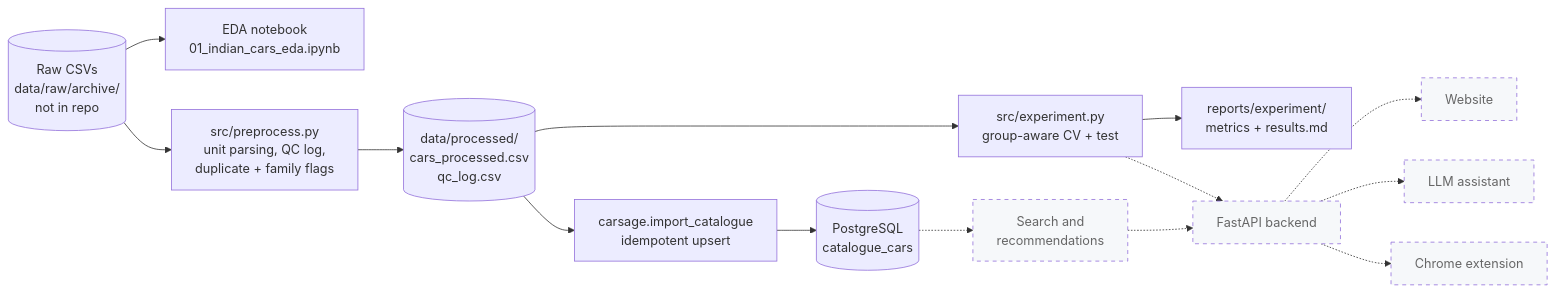
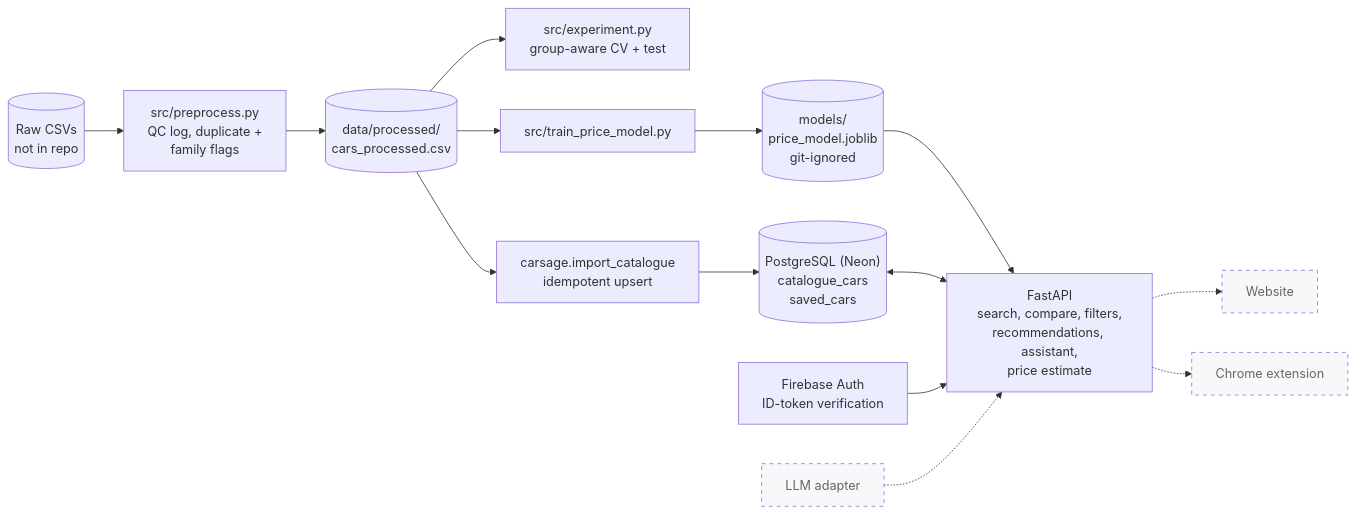
The diagram in README.md (dhruvagarwal4543/Car-Sage-Ai), drawn with Mermaid before and after one commit. The commit also changed other lines of this file and 18 other files, not shown here.

First line of the commit message:
feat: add FastAPI backend, recommendations, assistant and Firebase-protected saved cars

````diff
--- a/README.md
+++ b/README.md
@@ -54,28 +52,27 @@
 ```mermaid
 flowchart LR
-    RAW[("Raw CSVs<br/>data/raw/archive/<br/>not in repo")]
-    EDA["EDA notebook<br/>01_indian_cars_eda.ipynb"]
-    PRE["src/preprocess.py<br/>unit parsing, QC log,<br/>duplicate + family flags"]
-    PROC[("data/processed/<br/>cars_processed.csv<br/>qc_log.csv")]
+    RAW[("Raw CSVs<br/>not in repo")]
+    PRE["src/preprocess.py<br/>QC log, duplicate +<br/>family flags"]
+    PROC[("data/processed/<br/>cars_processed.csv")]
     EXP["src/experiment.py<br/>group-aware CV + test"]
-    REP["reports/experiment/<br/>metrics + results.md"]
+    TRAIN["src/train_price_model.py"]
+    MODEL[("models/<br/>price_model.joblib<br/>git-ignored")]
     IMP["carsage.import_catalogue<br/>idempotent upsert"]
-    PG[("PostgreSQL<br/>catalogue_cars")]
-    RAW --> EDA
+    PG[("PostgreSQL (Neon)<br/>catalogue_cars<br/>saved_cars")]
+    API["FastAPI<br/>search, compare, filters,<br/>recommendations, assistant,<br/>price estimate"]
+    FB["Firebase Auth<br/>ID-token verification"]
+    WEB["Website"]:::planned
+    EXT["Chrome extension"]:::planned
+    LLM["LLM adapter"]:::planned
     RAW --> PRE --> PROC
-    PROC --> EXP --> REP
+    PROC --> EXP
+    PROC --> TRAIN --> MODEL --> API
     PROC --> IMP --> PG
-
-    SEARCH["Search and<br/>recommendations"]:::planned
-    API["FastAPI backend"]:::planned
-    WEB["Website"]:::planned
-    LLM["LLM assistant"]:::planned
-    EXT["Chrome extension"]:::planned
-    PG -.-> SEARCH -.-> API
-    EXP -.-> API
+    PG <--> API
+    FB --> API
     API -.-> WEB
-    API -.-> LLM
     API -.-> EXT
+    LLM -.-> API
 
     classDef planned stroke-dasharray: 5 5,color:#666,fill:#f6f8fa
 ```
````
